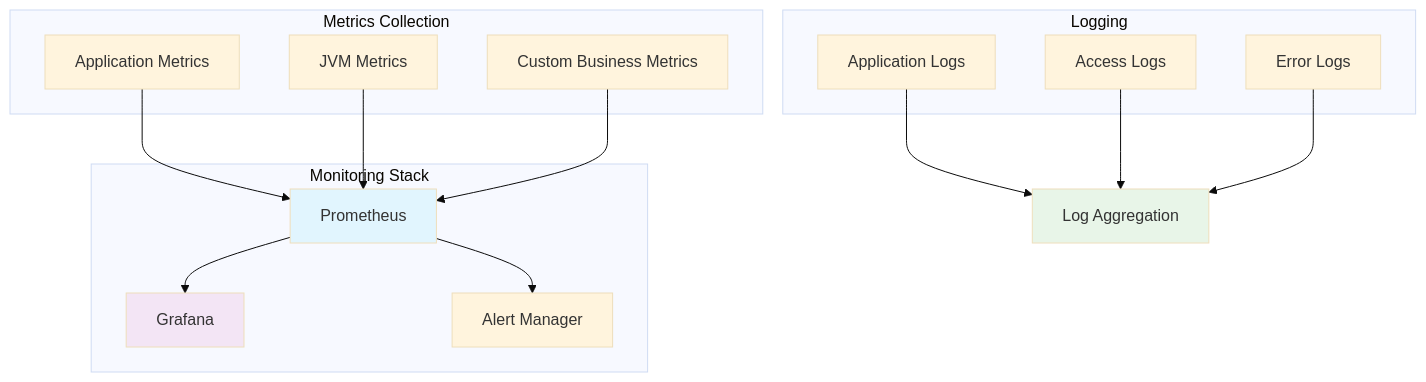
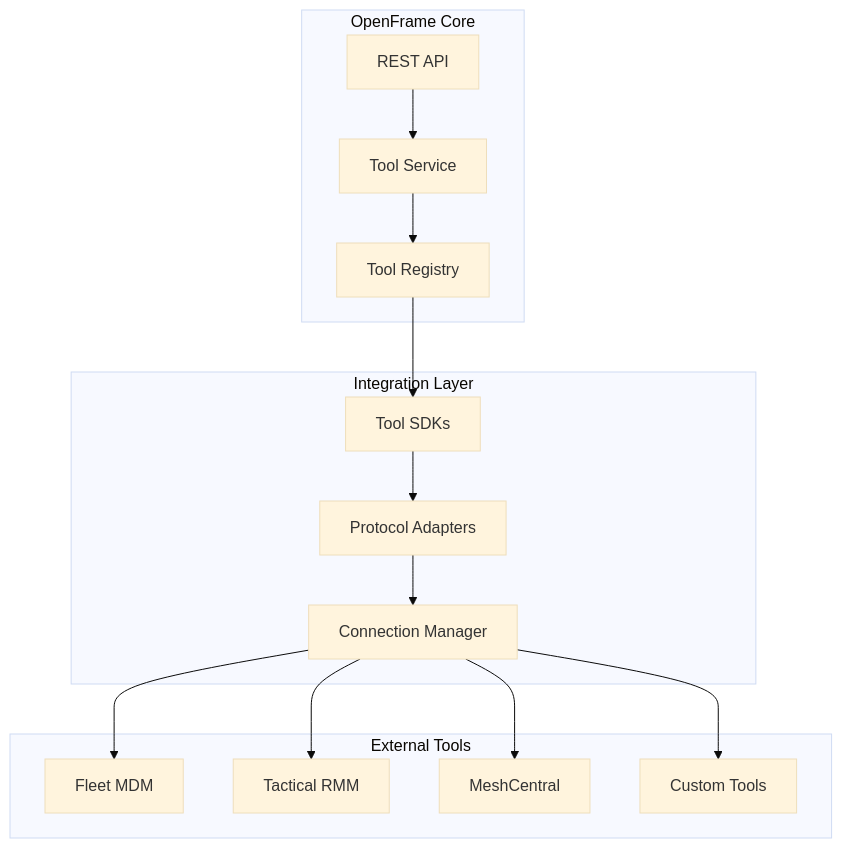
Diagram 11 of 13 in docs/development/architecture/overview.md (flamingo-stack/openframe-oss-lib), drawn with Mermaid (base theme) before and after one commit. The commit also changed other lines of this file and 130 other files, not shown here.

````diff
--- a/docs/development/architecture/overview.md
+++ b/docs/development/architecture/overview.md
@@ -657,35 +570,33 @@
 ```mermaid
-graph TD
-    subgraph "Metrics Collection"
-        AppMetrics[Application Metrics]
-        JVMMetrics[JVM Metrics]
-        CustomMetrics[Custom Business Metrics]
+graph TB
+    subgraph "OpenFrame Core"
+        API[REST API]
+        SERVICE[Tool Service]
+        REGISTRY[Tool Registry]
     end
     
-    subgraph "Monitoring Stack"
-        Prometheus[Prometheus]
-        Grafana[Grafana]
-        AlertManager[Alert Manager]
+    subgraph "Integration Layer"
+        SDK[Tool SDKs]
+        ADAPTER[Protocol Adapters]
+        CONNECTOR[Connection Manager]
     end
     
-    subgraph "Logging"
-        AppLogs[Application Logs]
-        AccessLogs[Access Logs]
-        ErrorLogs[Error Logs]
+    subgraph "External Tools"
+        FLEET[Fleet MDM]
+        TACTICAL[Tactical RMM]
+        MESH[MeshCentral]
+        CUSTOM[Custom Tools]
     end
     
-    AppMetrics --> Prometheus
-    JVMMetrics --> Prometheus
-    CustomMetrics --> Prometheus
+    API --> SERVICE
+    SERVICE --> REGISTRY
+    REGISTRY --> SDK
     
-    Prometheus --> Grafana
-    Prometheus --> AlertManager
+    SDK --> ADAPTER
+    ADAPTER --> CONNECTOR
     
-    AppLogs --> LogAggregation[Log Aggregation]
-    AccessLogs --> LogAggregation
-    ErrorLogs --> LogAggregation
-    
-    style Prometheus fill:#e1f5fe
-    style Grafana fill:#f3e5f5
-    style LogAggregation fill:#e8f5e8
+    CONNECTOR --> FLEET
+    CONNECTOR --> TACTICAL
+    CONNECTOR --> MESH
+    CONNECTOR --> CUSTOM
 ```
````
